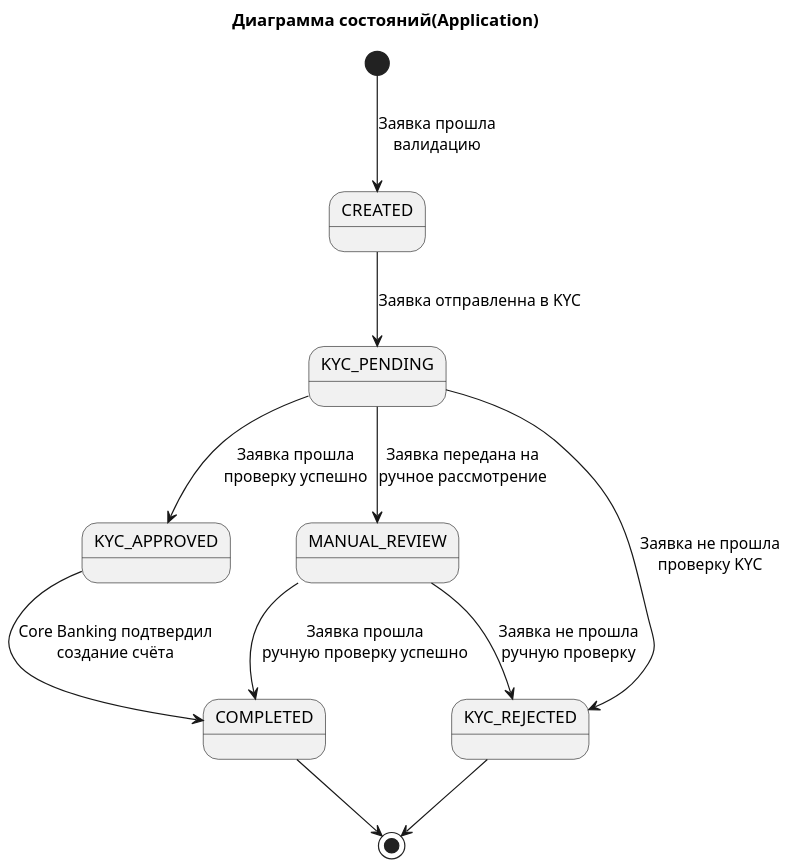
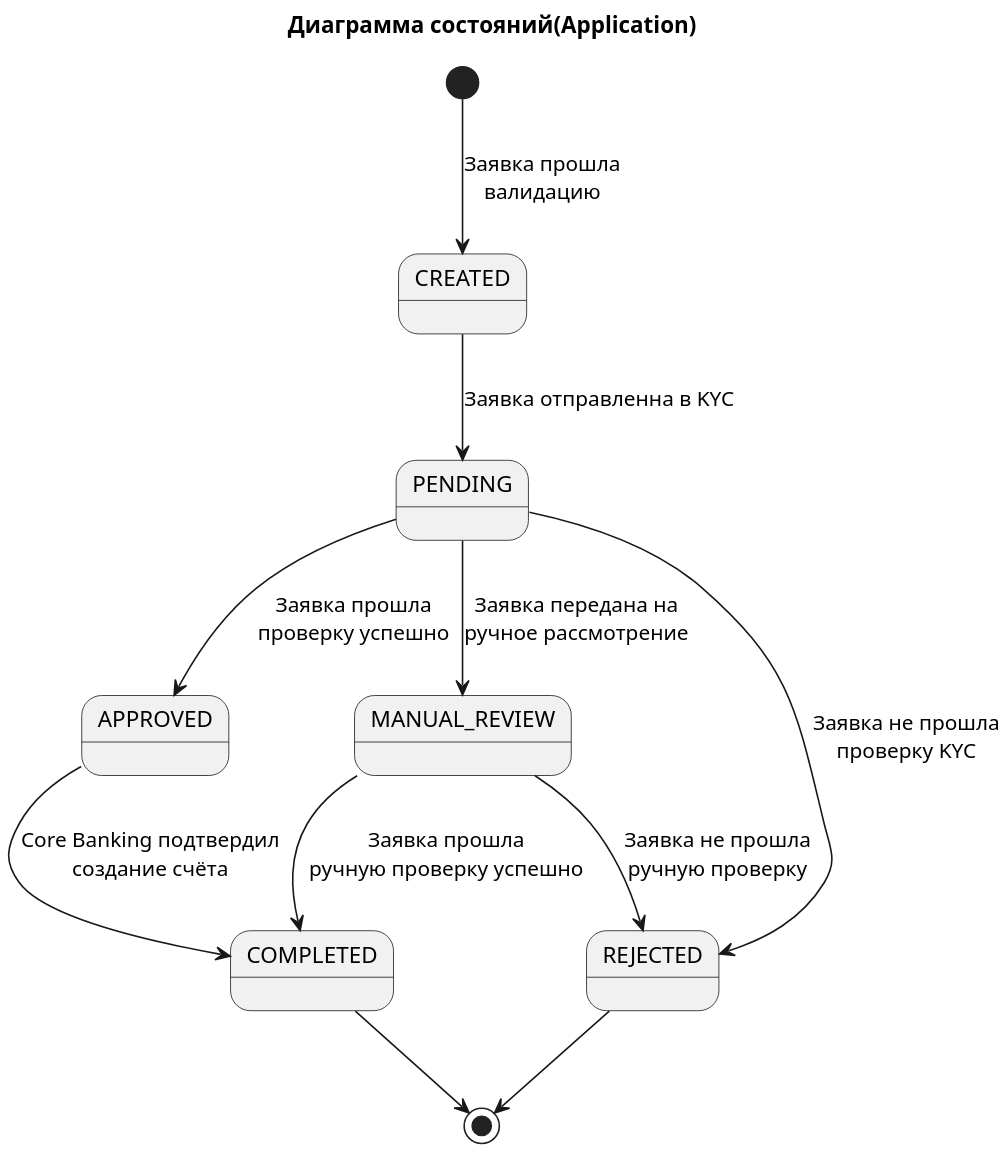
The diagram in diagrams/state/Диаграмма состояний(Application).puml (PulyaIvan/digital-client-onboarding), drawn with PlantUML before and after one commit. The commit also changed 17 other files, not shown here.

First line of the commit message:
feat: обновление спецификации OpenAPI и схемы базы данных для онбординга клиентов

```diff
--- a/diagrams/state/Диаграмма состояний(Application).puml
+++ b/diagrams/state/Диаграмма состояний(Application).puml
@@ -1,14 +1,14 @@
 @startuml Диаграмма состояний(Application)
 title Диаграмма состояний(Application)
-scale 1.5
+scale 2
 [*] --> CREATED: Заявка прошла\nвалидацию 
-CREATED --> KYC_PENDING: Заявка отправленна в KYC
-KYC_PENDING --> KYC_APPROVED: Заявка прошла\nпроверку успешно
-KYC_PENDING --> KYC_REJECTED: Заявка не прошла\nпроверку KYC
-KYC_PENDING --> MANUAL_REVIEW: Заявка передана на\nручное рассмотрение
-KYC_APPROVED --> COMPLETED: Core Banking подтвердил\nсоздание счёта
+CREATED --> PENDING: Заявка отправленна в KYC
+PENDING --> APPROVED: Заявка прошла\nпроверку успешно
+PENDING --> REJECTED: Заявка не прошла\nпроверку KYC
+PENDING --> MANUAL_REVIEW: Заявка передана на\nручное рассмотрение
+APPROVED --> COMPLETED: Core Banking подтвердил\nсоздание счёта
 MANUAL_REVIEW --> COMPLETED: Заявка прошла\nручную проверку успешно
-MANUAL_REVIEW --> KYC_REJECTED: Заявка не прошла\nручную проверку
+MANUAL_REVIEW --> REJECTED: Заявка не прошла\nручную проверку
 COMPLETED --> [*]
-KYC_REJECTED --> [*]
+REJECTED --> [*]
 @enduml
```
